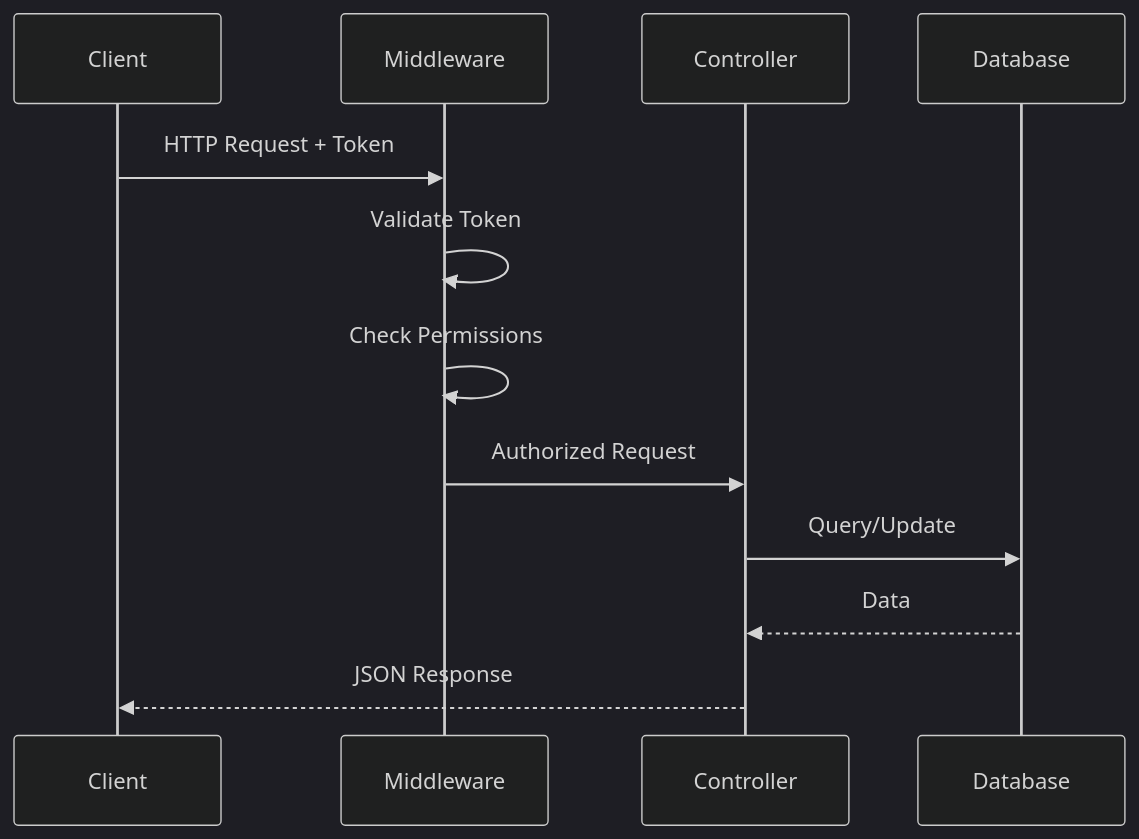
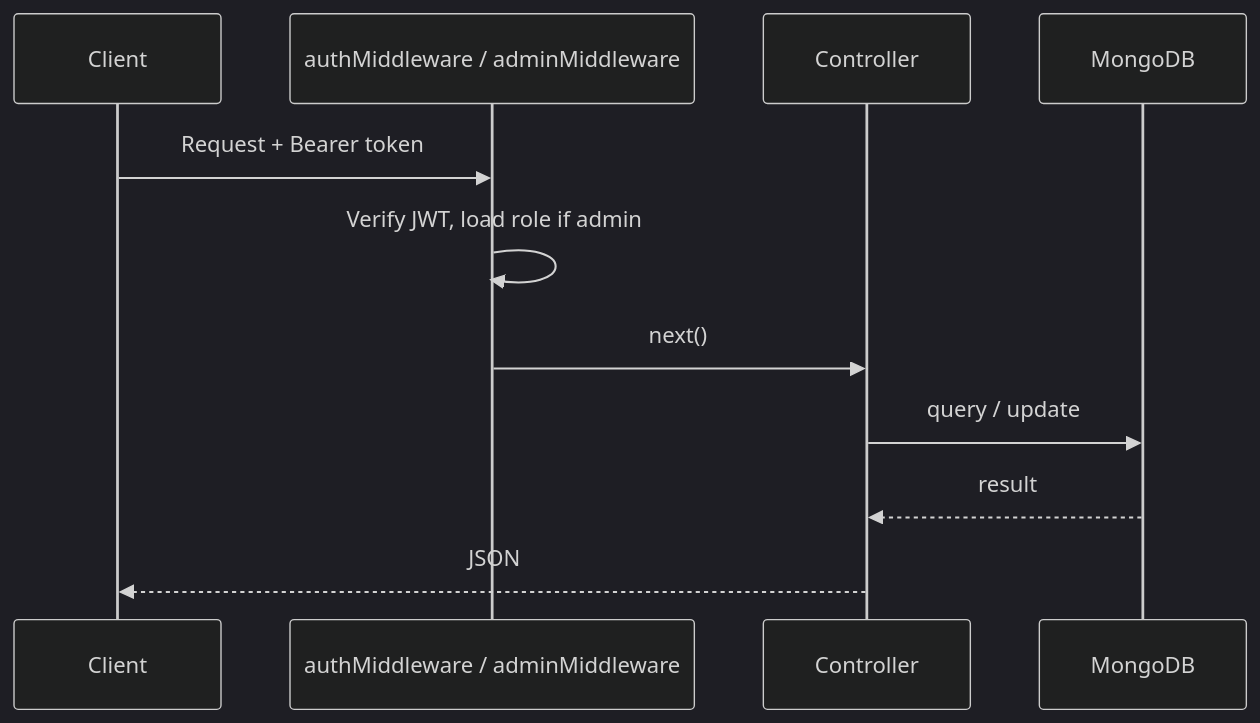
Before and after one commit to basantmahato/AgricultureManagementSystem: the fourth of 4 diagrams in docs/System_Architecture.md, drawn with Mermaid (dark theme). The commit also changed other lines of this file and 4 other files, not shown here.

````diff
--- a/docs/System_Architecture.md
+++ b/docs/System_Architecture.md
@@ -223,15 +227,14 @@
 ```mermaid
 sequenceDiagram
     participant C as Client
-    participant M as Middleware
+    participant M as authMiddleware / adminMiddleware
     participant Ctrl as Controller
-    participant DB as Database
-    
-    C->>M: HTTP Request + Token
-    M->>M: Validate Token
-    M->>M: Check Permissions
-    M->>Ctrl: Authorized Request
-    Ctrl->>DB: Query/Update
-    DB-->>Ctrl: Data
-    Ctrl-->>C: JSON Response
+    participant DB as MongoDB
+
+    C->>M: Request + Bearer token
+    M->>M: Verify JWT, load role if admin
+    M->>Ctrl: next()
+    Ctrl->>DB: query / update
+    DB-->>Ctrl: result
+    Ctrl-->>C: JSON
 ```
````
